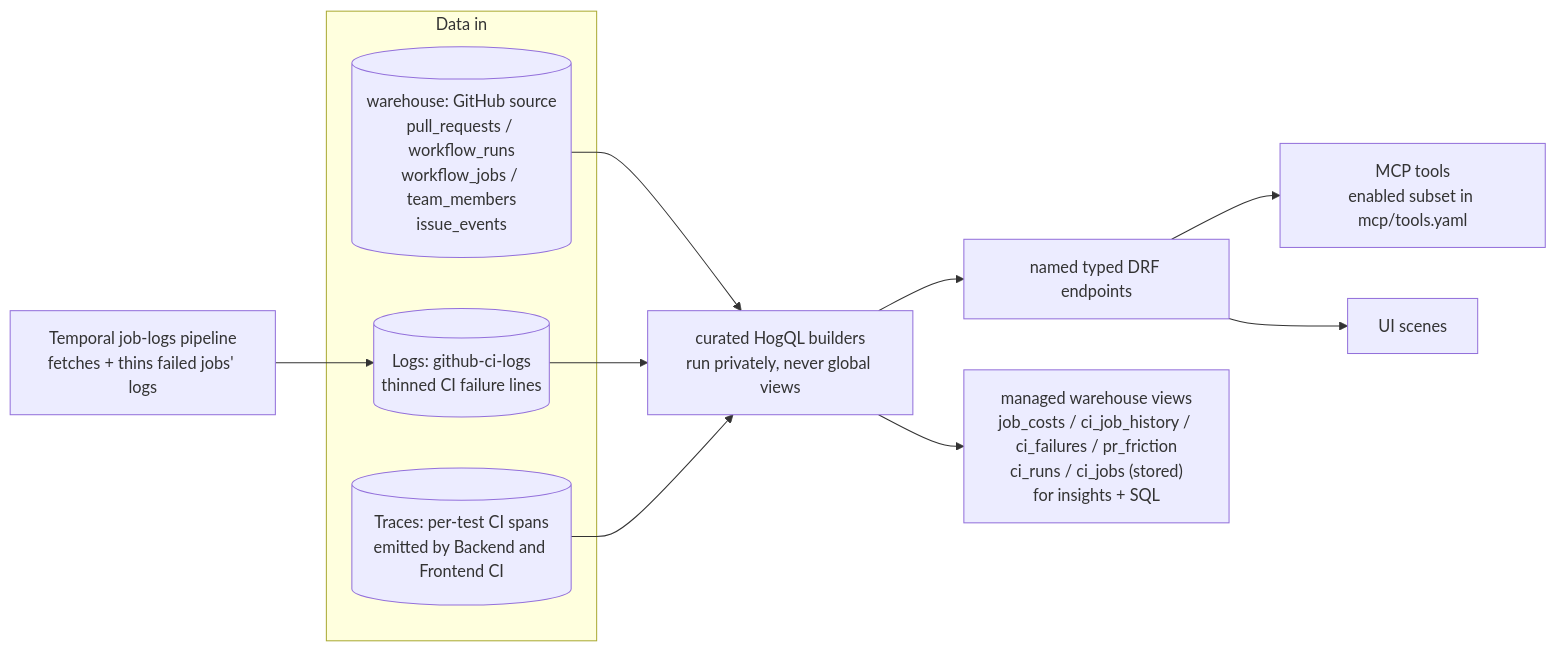
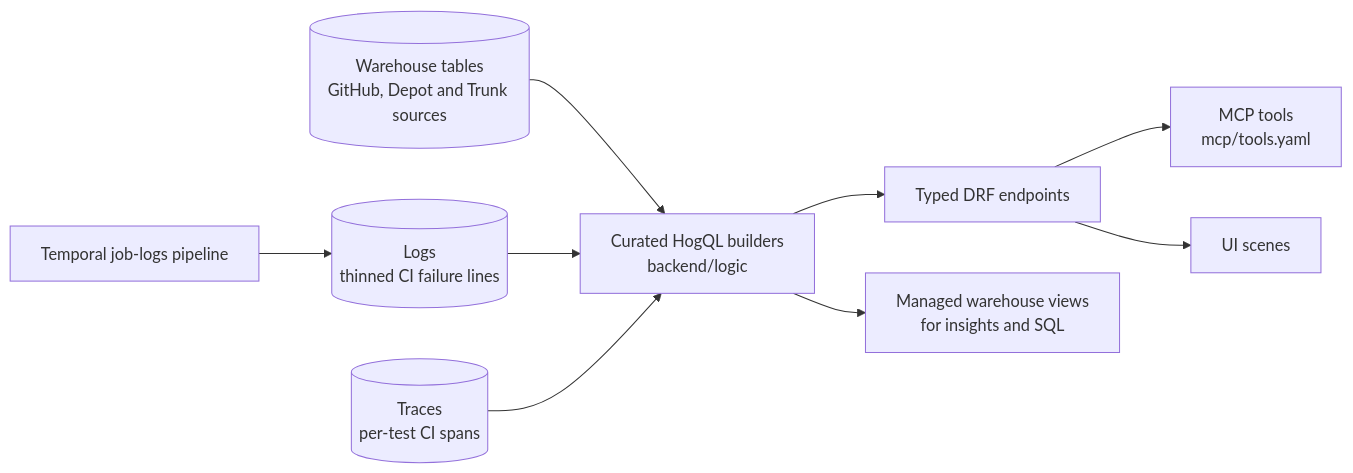
The diagram in mirrors/repos/PostHog@posthog/products/engineering_analytics/README.md (gabrielmoreira/agent-skills-mirror), drawn with Mermaid before and after one commit. The commit also changed other lines of this file and 7053 other files, not shown here.

````diff
--- a/mirrors/repos/PostHog@posthog/products/engineering_analytics/README.md
+++ b/mirrors/repos/PostHog@posthog/products/engineering_analytics/README.md
@@ -64,18 +15,15 @@
 ```mermaid
 graph LR
-    subgraph "Data in"
-        WH[("warehouse: GitHub source<br/>pull_requests / workflow_runs<br/>workflow_jobs / team_members<br/>issue_events")]
-        LOGS[("Logs: github-ci-logs<br/>thinned CI failure lines")]
-        TRACES[("Traces: per-test CI spans<br/>emitted by Backend and Frontend CI")]
-    end
-    JL["Temporal job-logs pipeline<br/>fetches + thins failed jobs' logs"] --> LOGS
-    CUR["curated HogQL builders<br/>run privately, never global views"]
+    WH[("Warehouse tables<br/>GitHub, Depot and Trunk sources")]
+    LOGS[("Logs<br/>thinned CI failure lines")]
+    TRACES[("Traces<br/>per-test CI spans")]
+    JL["Temporal job-logs pipeline"] --> LOGS
+    CUR["Curated HogQL builders<br/>backend/logic"]
     WH --> CUR
     LOGS --> CUR
     TRACES --> CUR
-    EP["named typed DRF endpoints"]
-    CUR --> EP
-    EP --> MCP["MCP tools<br/>enabled subset in mcp/tools.yaml"]
+    CUR --> EP["Typed DRF endpoints"]
+    EP --> MCP["MCP tools<br/>mcp/tools.yaml"]
     EP --> UI["UI scenes"]
-    CUR --> WV["managed warehouse views<br/>job_costs / ci_job_history / ci_failures / pr_friction<br/>ci_runs / ci_jobs (stored)<br/>for insights + SQL"]
+    CUR --> WV["Managed warehouse views<br/>for insights and SQL"]
 ```
````
